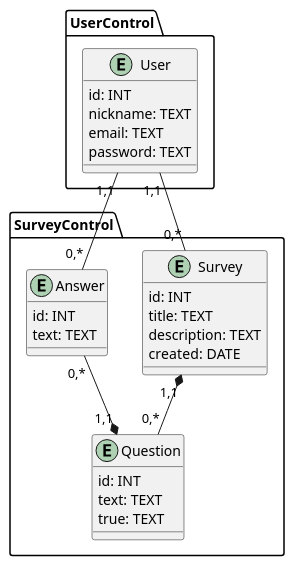
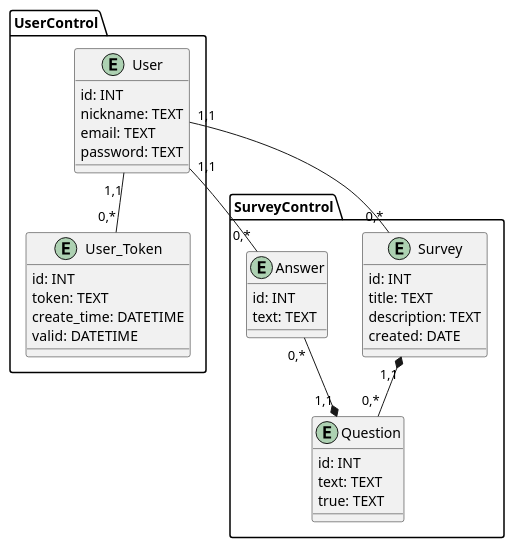
The second of 2 diagrams in docs/design/README.md (shmatkoden/db-course-theme1), drawn with PlantUML before and after one commit. The commit also changed other lines of this file and 3 other files, not shown here.

```diff
--- a/docs/design/README.md
+++ b/docs/design/README.md
@@ -83,44 +95,54 @@
 @startuml
 
     package UserControl {
         entity User
         {
             id: INT
             nickname: TEXT
             email: TEXT
             password: TEXT
         }
+        entity User_Token
+        {
+            id: INT
+            token: TEXT
+            create_time: DATETIME
+            valid: DATETIME
+        }
+        
     }
    
     
     package SurveyControl {
         entity Survey
         {
         id: INT
         title: TEXT
         description: TEXT
         created: DATE
         }
 
         entity Answer
         {
             id: INT
             text: TEXT
         }
  
         entity Question
         {
             id: INT
             text: TEXT
             true: TEXT
         }
     
         
     }
     
     User "1,1"--"0,*" Answer
     User "1,1"--"0,*" Survey
+    User "1,1"--"0,*" User_Token
+    
     Survey "1,1"*--"0,*" Question
     Answer "0,*"--*"1,1" Question
 
 @enduml
```
